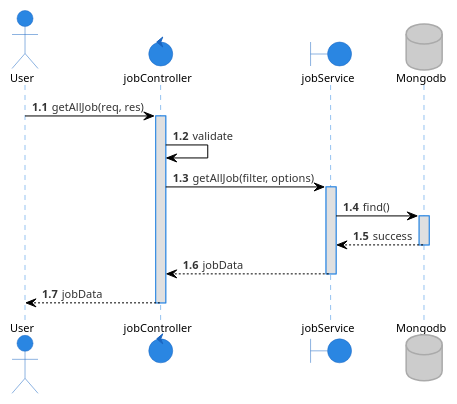
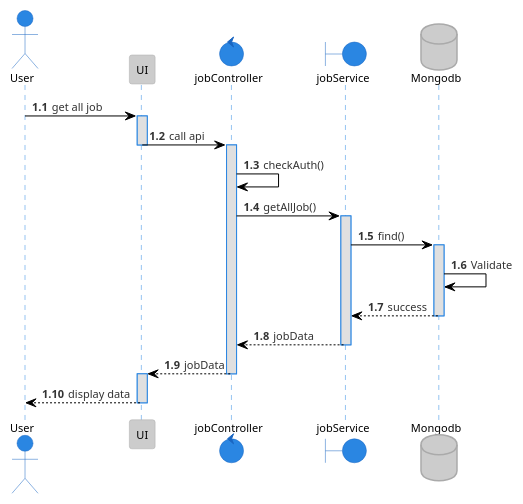
The diagram in plantuml/sequence/job/getAllJob.puml (tuannm99/RMS), drawn with PlantUML before and after one commit. The commit also changed 9 other files, not shown here.

Commit message:
fix - sequence diagram job and user

```diff
--- a/plantuml/sequence/job/getAllJob.puml
+++ b/plantuml/sequence/job/getAllJob.puml
@@ -1,24 +1,33 @@
 @startuml getAllJob
 !theme reddress-lightblue
 
 autonumber 1.1
 actor User
+participant UI
 control  jobController
 boundary jobService
 database Mongodb
 
-User -> jobController: getAllJob(req, res)
+
+User -> UI: get all job
+activate UI
+UI -> jobController: call api
+deactivate UI
 activate jobController
-jobController -> jobController: validate
-jobController -> jobService: getAllJob(filter, options)
+jobController -> jobController: checkAuth()
+jobController -> jobService: getAllJob()
 activate jobService
 jobService -> Mongodb: find()
 activate Mongodb
+Mongodb -> Mongodb: Validate
 Mongodb --> jobService: success
 deactivate Mongodb
 jobService --> jobController: jobData
 deactivate jobService
-jobController --> User: jobData
+jobController --> UI: jobData
 deactivate jobController
+activate UI
+UI --> User: display data
+deactivate UI
 
 @enduml
```
